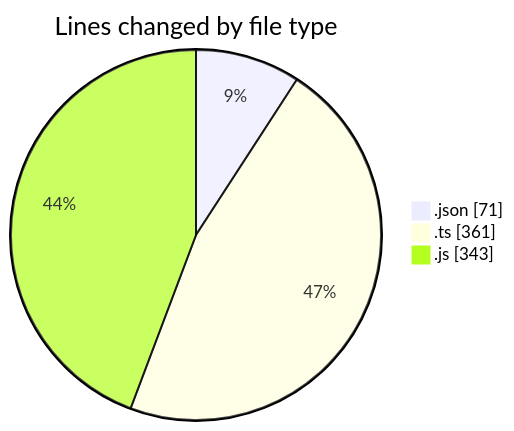
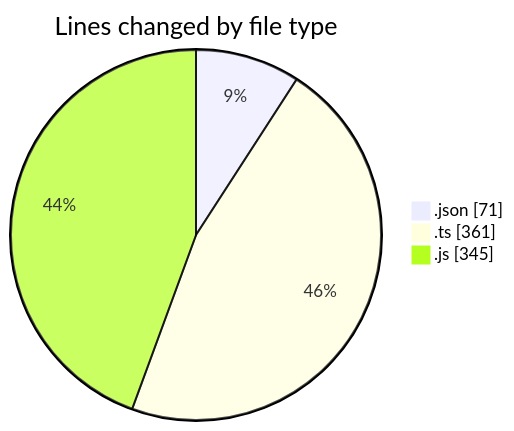
The first of 2 diagrams in 2025-02-06/cda/README.md (momahboobian/code-tracking), drawn with Mermaid before and after one commit. The commit also changed other lines of this file and 1 other file, not shown here.

````diff
--- a/2025-02-06/cda/README.md
+++ b/2025-02-06/cda/README.md
@@ -27,7 +27,7 @@
 ```mermaid
 pie showData
 title Lines changed by file type
 ".json" : 71
 ".ts" : 361
-".js" : 343
+".js" : 345
 ```
````
